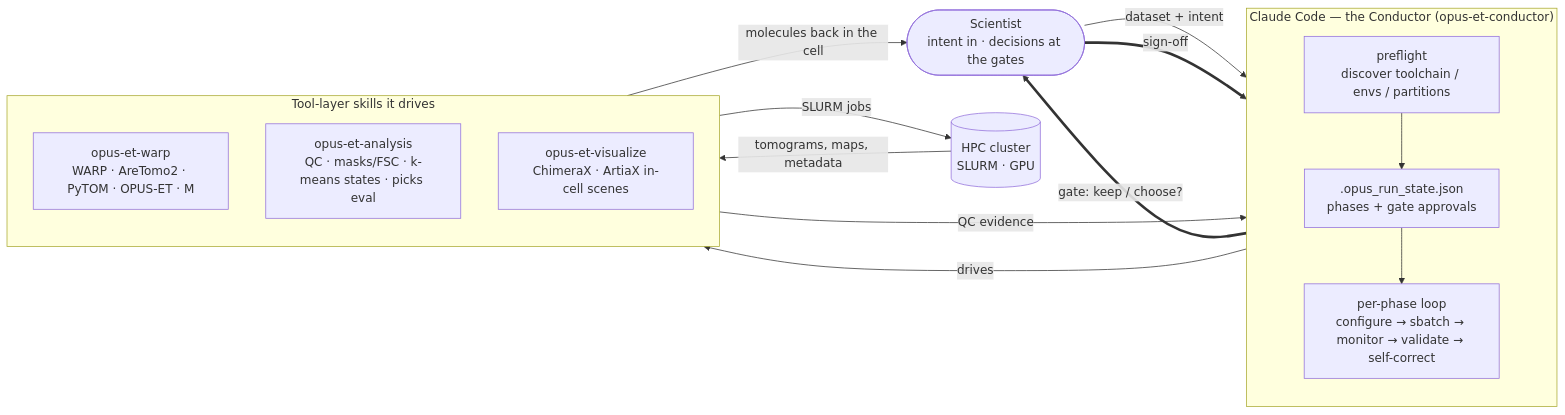
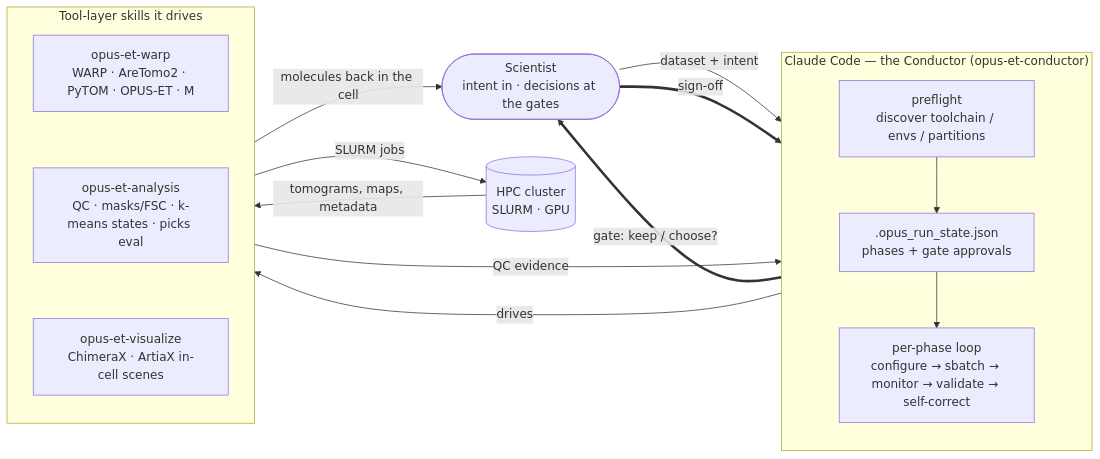
Before and after one commit to alncat/opus-et-agent: the diagram in README.md, drawn with Mermaid.

Commit message:
docs(readme): stack tool-layer skills as one column (invisible links)

````diff
--- a/README.md
+++ b/README.md
@@ -71,30 +71,31 @@
 ```mermaid
 flowchart LR
     H(["Scientist<br/>intent in · decisions at the gates"])
 
     subgraph COND["Claude Code — the Conductor (opus-et-conductor)"]
       direction TB
       PRE["preflight<br/>discover toolchain / envs / partitions"]
       STATE[".opus_run_state.json<br/>phases + gate approvals"]
       LOOP["per-phase loop<br/>configure → sbatch → monitor → validate → self-correct"]
       PRE --> STATE --> LOOP
     end
 
     subgraph TOOLS["Tool-layer skills it drives"]
       direction TB
       WARP["opus-et-warp<br/>WARP · AreTomo2 · PyTOM · OPUS-ET · M"]
       ANA["opus-et-analysis<br/>QC · masks/FSC · k-means states · picks eval"]
       VIZ["opus-et-visualize<br/>ChimeraX · ArtiaX in-cell scenes"]
+      WARP ~~~ ANA ~~~ VIZ
     end
 
     CLUSTER[("HPC cluster<br/>SLURM · GPU")]
 
     H -->|dataset + intent| COND
     COND -->|drives| TOOLS
     WARP -->|SLURM jobs| CLUSTER
     CLUSTER -->|"tomograms, maps, metadata"| ANA
     ANA -->|QC evidence| COND
     COND ==>|"gate: keep / choose?"| H
     H ==>|sign-off| COND
     VIZ -->|molecules back in the cell| H
 ```
````
